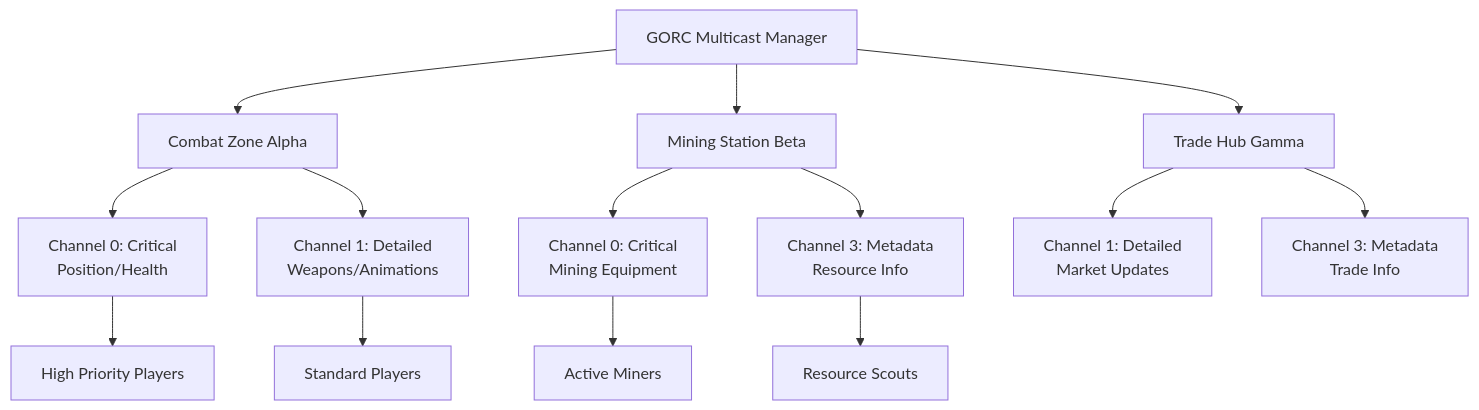
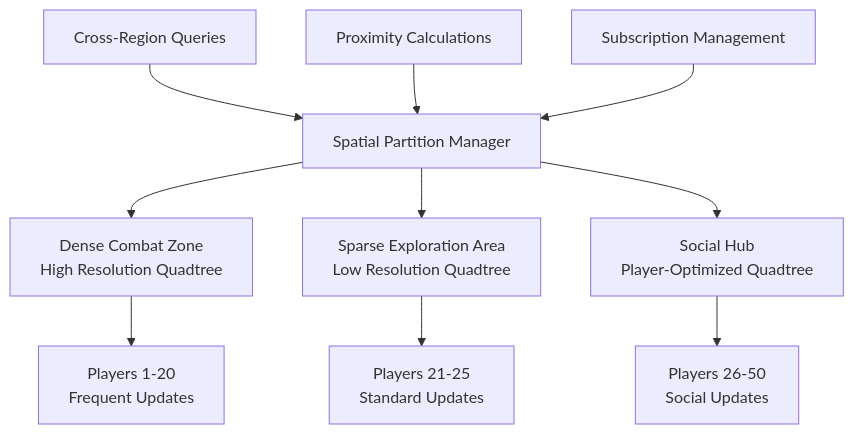
Before and after one commit to Far-Beyond-Dev/Horizon: the second of 2 diagrams in crates/horizon_event_system/src/gorc/README.md, drawn with Mermaid. The commit also changed other lines of this file and 2 other files, not shown here.

````diff
--- a/crates/horizon_event_system/src/gorc/README.md
+++ b/crates/horizon_event_system/src/gorc/README.md
@@ -469,20 +396,14 @@
 ```mermaid
 graph TD
-    A[GORC Multicast Manager] --> B[Combat Zone Alpha]
-    A --> C[Mining Station Beta]
-    A --> D[Trade Hub Gamma]
+    A[Spatial Partition Manager] --> B[Dense Combat Zone<br/>High Resolution Quadtree]
+    A --> C[Sparse Exploration Area<br/>Low Resolution Quadtree]
+    A --> D[Social Hub<br/>Player-Optimized Quadtree]
     
-    B --> B1[Channel 0: Critical<br/>Position/Health]
-    B --> B2[Channel 1: Detailed<br/>Weapons/Animations]
+    B --> B1[Players 1-20<br/>Frequent Updates]
+    C --> C1[Players 21-25<br/>Standard Updates]
+    D --> D1[Players 26-50<br/>Social Updates]
     
-    C --> C1[Channel 0: Critical<br/>Mining Equipment]
-    C --> C2[Channel 3: Metadata<br/>Resource Info]
-    
-    D --> D1[Channel 1: Detailed<br/>Market Updates]
-    D --> D2[Channel 3: Metadata<br/>Trade Info]
-    
-    B1 --> E[High Priority Players]
-    B2 --> F[Standard Players]
-    C1 --> G[Active Miners]
-    C2 --> H[Resource Scouts]
+    E[Cross-Region Queries] --> A
+    F[Proximity Calculations] --> A
+    G[Subscription Management] --> A
 ```
````
